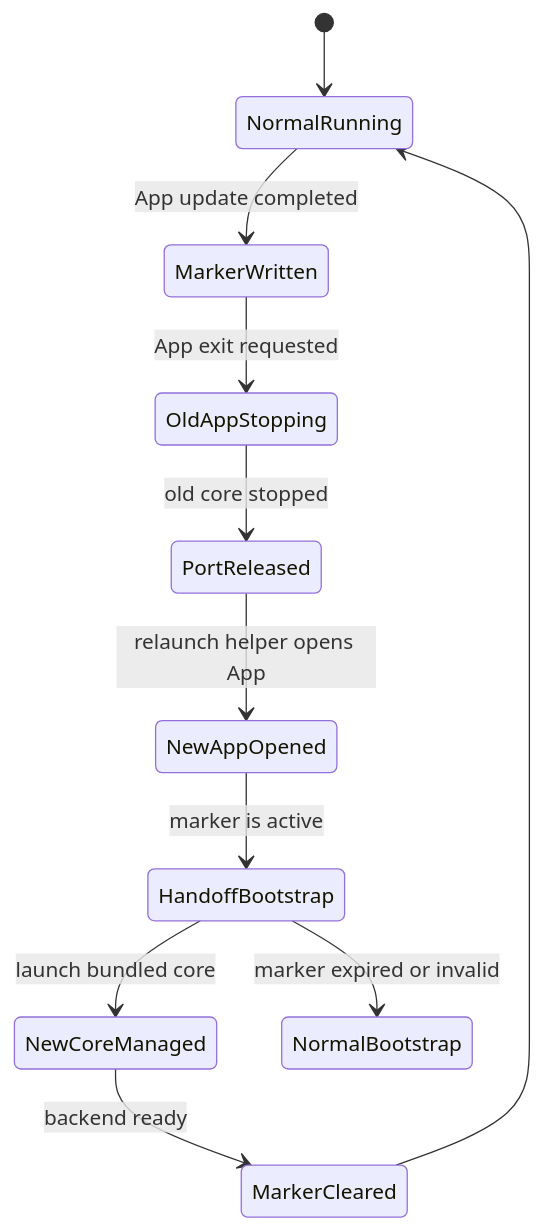
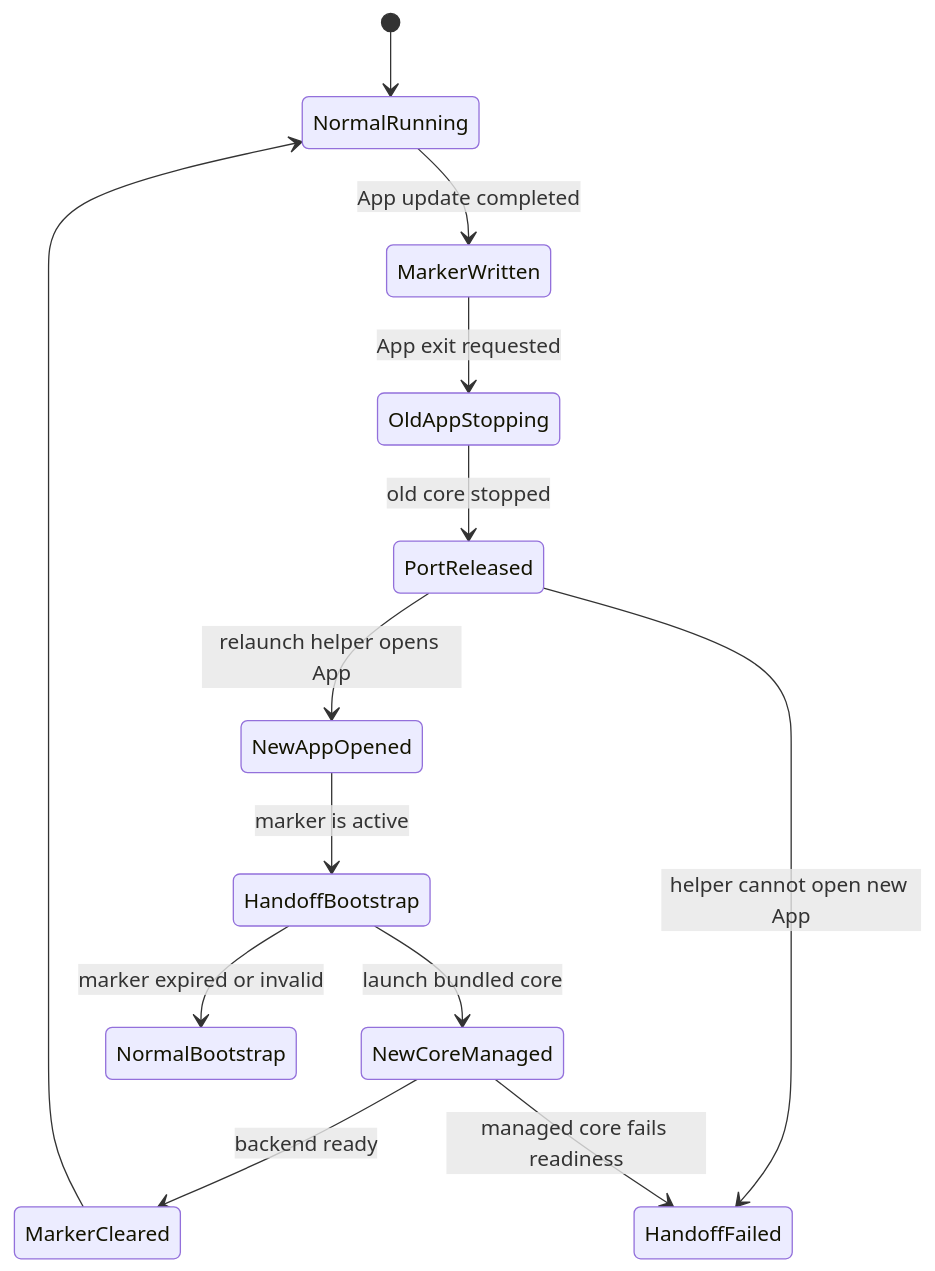
One commit to bifrost-proxy/bifrost changed the diagram in design/desktop-upgrade-handoff.md. Above: the diagram before and after it, drawn with Mermaid. The commit also changed other lines of this file and 13 other files, not shown here.

````diff
--- a/design/desktop-upgrade-handoff.md
+++ b/design/desktop-upgrade-handoff.md
@@ -82,14 +85,16 @@
 ```mermaid
 stateDiagram-v2
     [*] --> NormalRunning
     NormalRunning --> MarkerWritten: App update completed
     MarkerWritten --> OldAppStopping: App exit requested
     OldAppStopping --> PortReleased: old core stopped
     PortReleased --> NewAppOpened: relaunch helper opens App
     NewAppOpened --> HandoffBootstrap: marker is active
     HandoffBootstrap --> NewCoreManaged: launch bundled core
     NewCoreManaged --> MarkerCleared: backend ready
     MarkerCleared --> NormalRunning
 
     HandoffBootstrap --> NormalBootstrap: marker expired or invalid
+    PortReleased --> HandoffFailed: helper cannot open new App
+    NewCoreManaged --> HandoffFailed: managed core fails readiness
 ```
````
